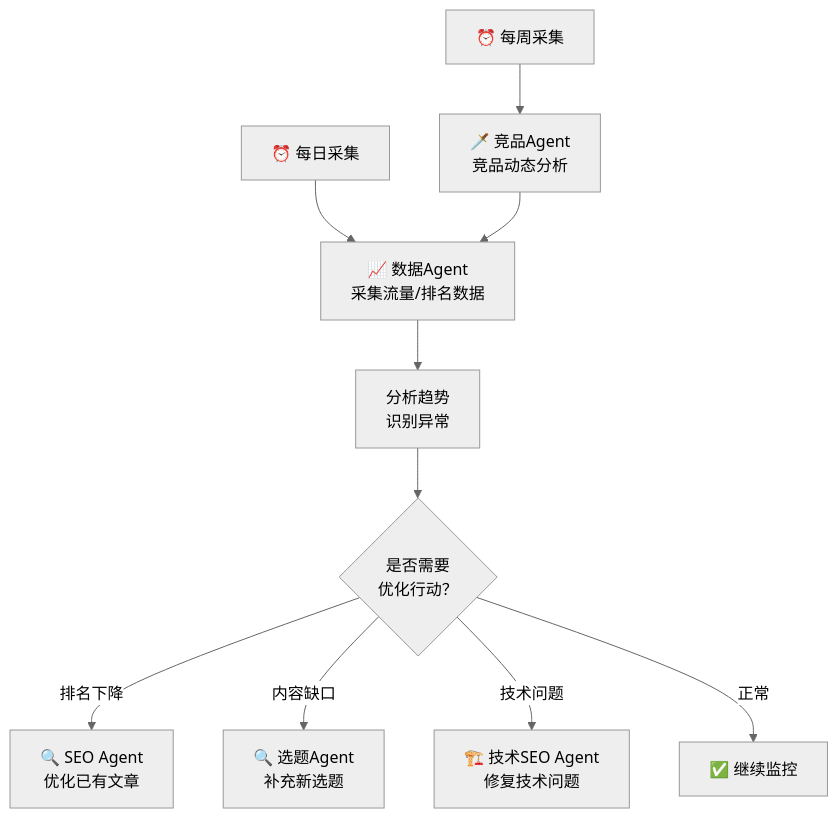
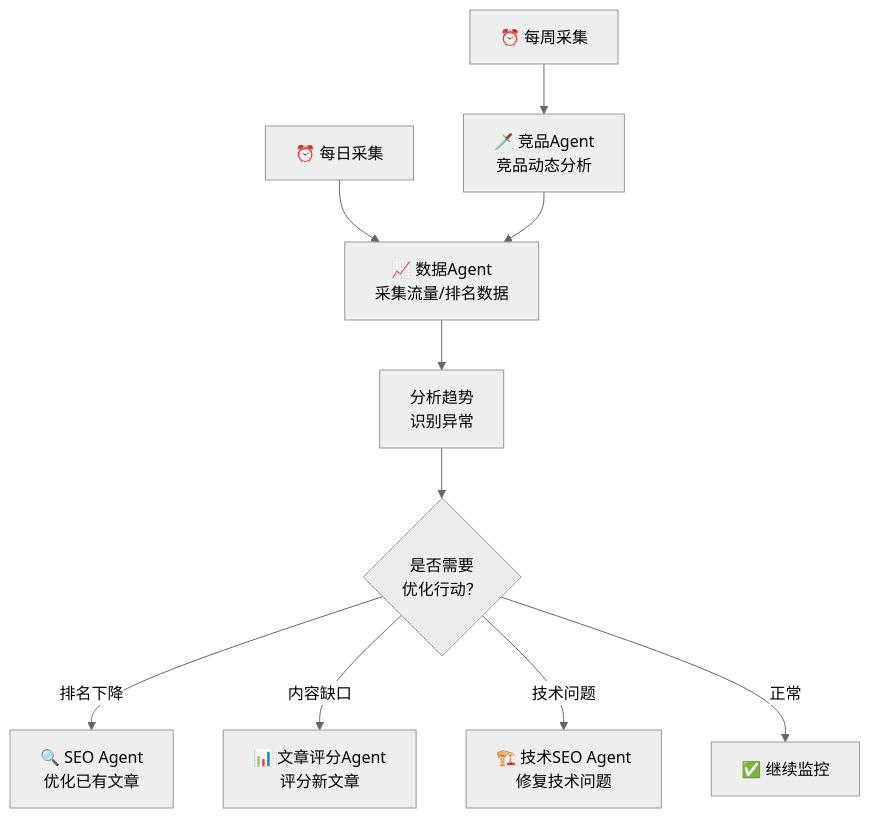
The fourth of 4 diagrams in 03-工作流编排.md (flyingsnowzz/Multi-Agent-Automatic-Operation-Website), drawn with Mermaid (neutral theme) before and after one commit. The commit also changed other lines of this file and 4 other files, not shown here.

````diff
--- a/03-工作流编排.md
+++ b/03-工作流编排.md
@@ -198,13 +198,13 @@
 ```mermaid
 flowchart TB
     DAILY["⏰ 每日采集"] --> DATA["📈 数据Agent<br/>采集流量/排名数据"]
     DATA --> ANALYSIS["分析趋势<br/>识别异常"]
     ANALYSIS --> DECISION{"是否需要<br/>优化行动？"}
     DECISION -->|排名下降| SEO_FIX["🔍 SEO Agent<br/>优化已有文章"]
-    DECISION -->|内容缺口| TOPIC["🔍 选题Agent<br/>补充新选题"]
+    DECISION -->|内容缺口| SCORE["📊 文章评分Agent<br/>评分新文章"]
     DECISION -->|技术问题| TECH_FIX["🏗️ 技术SEO Agent<br/>修复技术问题"]
     DECISION -->|正常| DONE["✅ 继续监控"]
 
     WEEKLY["⏰ 每周采集"] --> COMPETE["🗡️ 竞品Agent<br/>竞品动态分析"]
     COMPETE --> DATA
 ```
````
